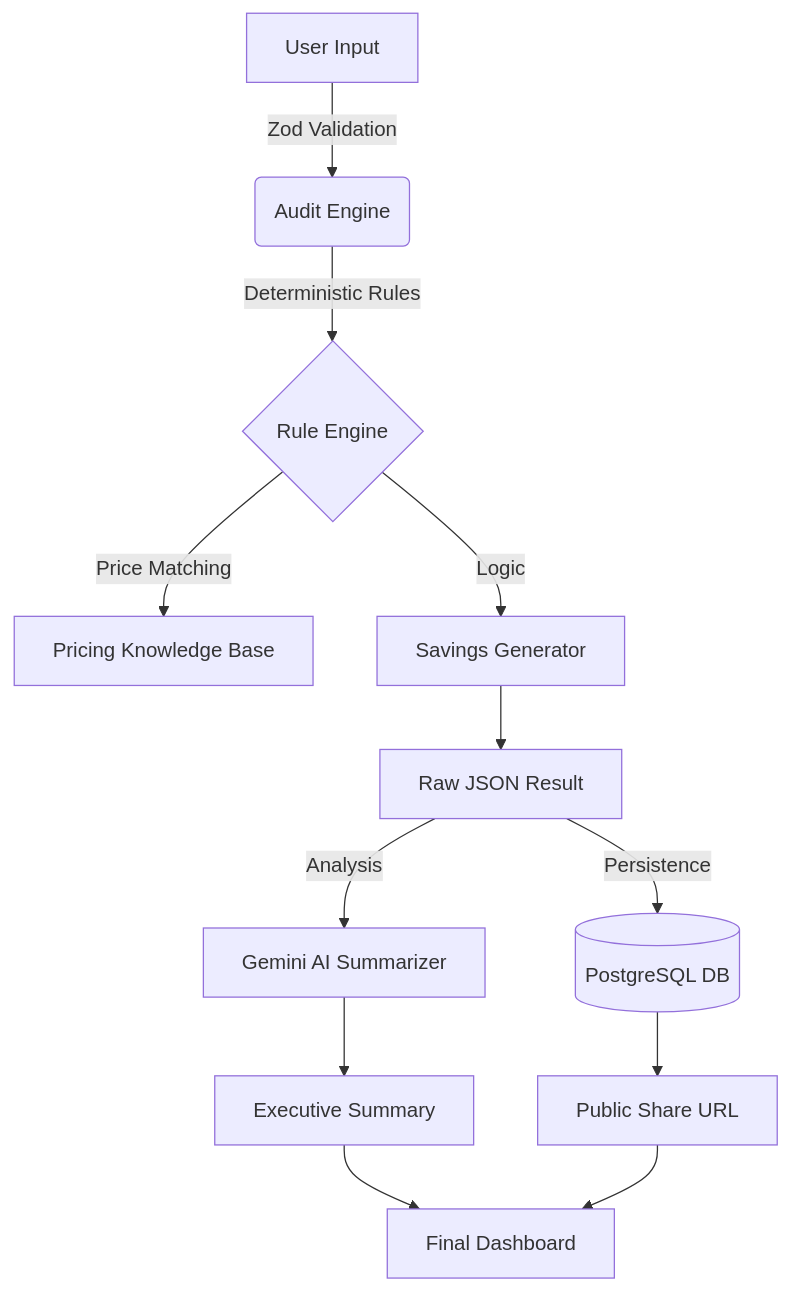
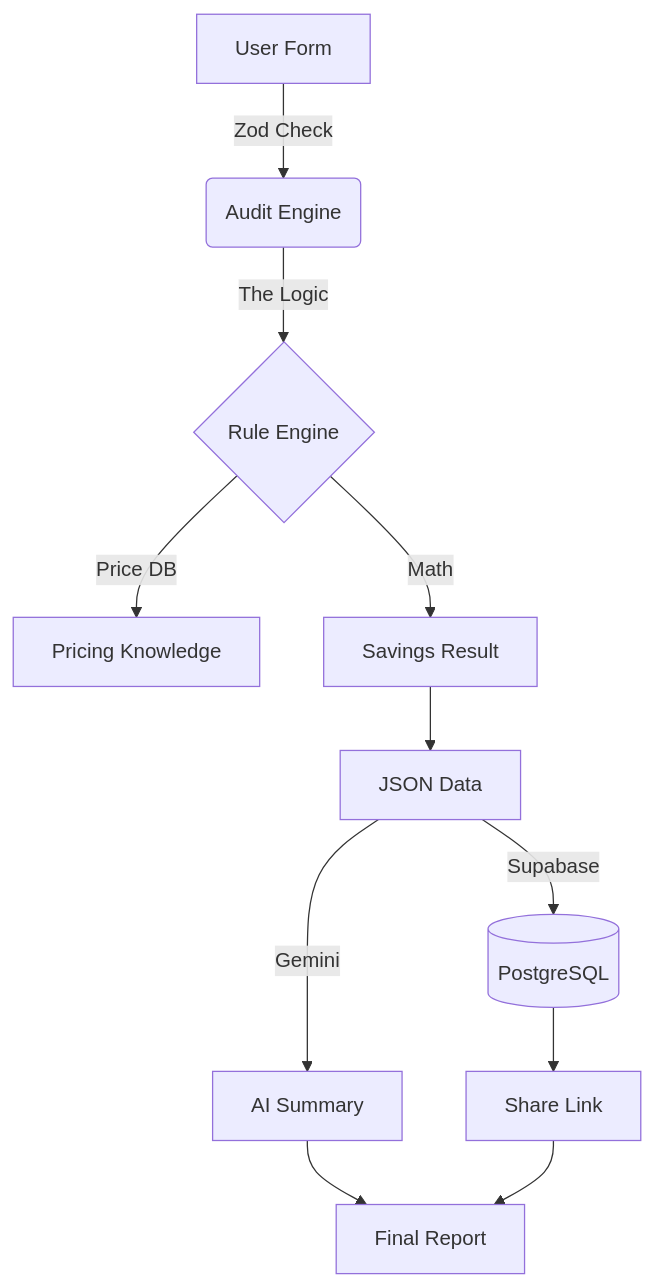
The diagram in ARCHITECTURE.md (ABHAY-AVA2005/CREDEX-AI-SPEND-AUDIT-), drawn with Mermaid before and after one commit. The commit also changed other lines of this file and 24 other files, not shown here.

````diff
--- a/ARCHITECTURE.md
+++ b/ARCHITECTURE.md
@@ -11,14 +10,13 @@
 ```mermaid
 graph TD
-    A[User Input] -->|Zod Validation| B(Audit Engine)
-    B -->|Deterministic Rules| C{Rule Engine}
-    C -->|Price Matching| D[Pricing Knowledge Base]
-    C -->|Logic| E[Savings Generator]
-    E --> F[Raw JSON Result]
-    F -->|Persistence| G[(PostgreSQL DB)]
-    F -->|Analysis| H[Gemini AI Summarizer]
-    G --> I[Public Share URL]
-    H --> J[Executive Summary]
-    J --> K[Final Dashboard]
-    I --> K
+    A[User Form] -->|Zod Check| B(Audit Engine)
+    B -->|The Logic| C{Rule Engine}
+    C -->|Price DB| D[Pricing Knowledge]
+    C -->|Math| E[Savings Result]
+    E --> F[JSON Data]
+    F -->|Supabase| G[(PostgreSQL)]
+    F -->|Gemini| H[AI Summary]
+    G --> I[Share Link]
+    H --> J[Final Report]
+    I --> J
 ```
````
